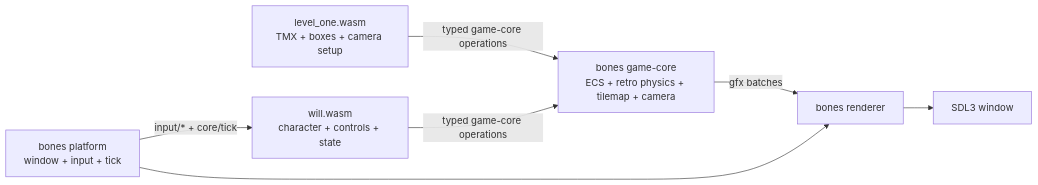
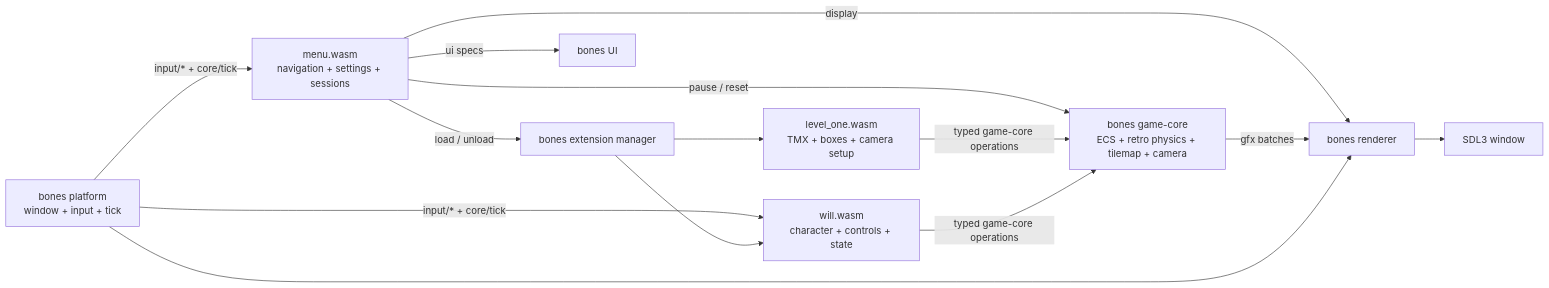
One commit to an-dr/artificial-will-game-v2 changed the diagram in docs/architecture.md. Above: the diagram before and after it, drawn with Mermaid. The commit also changed other lines of this file and 2 other files, not shown here.

Commit message:
Document menu and packaged layout

````diff
--- a/docs/architecture.md
+++ b/docs/architecture.md
@@ -10,9 +10,16 @@
 ```mermaid
 flowchart LR
-    Platform["bones platform<br/>window + input + tick"] -->|"input/* + core/tick"| Will
+    Platform["bones platform<br/>window + input + tick"] -->|"input/* + core/tick"| Menu
+    Platform -->|"input/* + core/tick"| Will
+    Menu["menu.wasm<br/>navigation + settings + sessions"] -->|"load / unload"| Manager["bones extension manager"]
+    Menu -->|"ui specs"| UI["bones UI"]
+    Menu -->|"display"| Renderer
+    Menu -->|"pause / reset"| GameCore
+    Manager --> Level["level_one.wasm<br/>TMX + boxes + camera setup"]
+    Manager --> Will
     Level["level_one.wasm<br/>TMX + boxes + camera setup"] -->|"typed game-core operations"| GameCore
     Will["will.wasm<br/>character + controls + state"] -->|"typed game-core operations"| GameCore
     GameCore["bones game-core<br/>ECS + retro physics + tilemap + camera"] -->|"gfx batches"| Renderer
     Renderer["bones renderer"] --> Window["SDL3 window"]
     Platform --> Renderer
 ```
````
